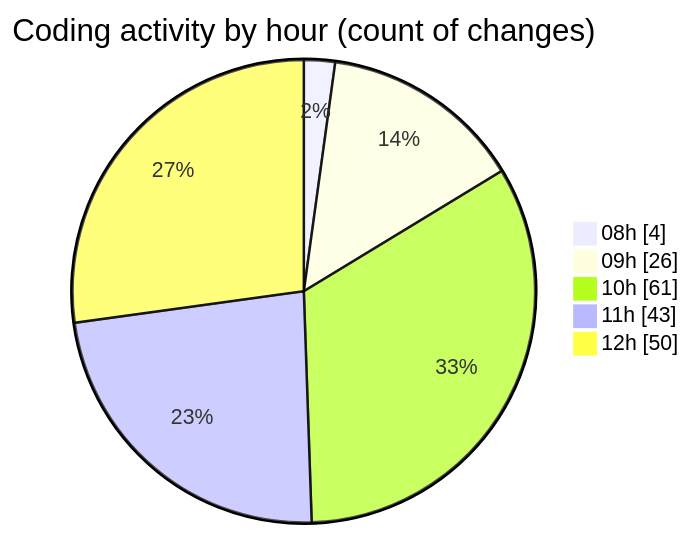
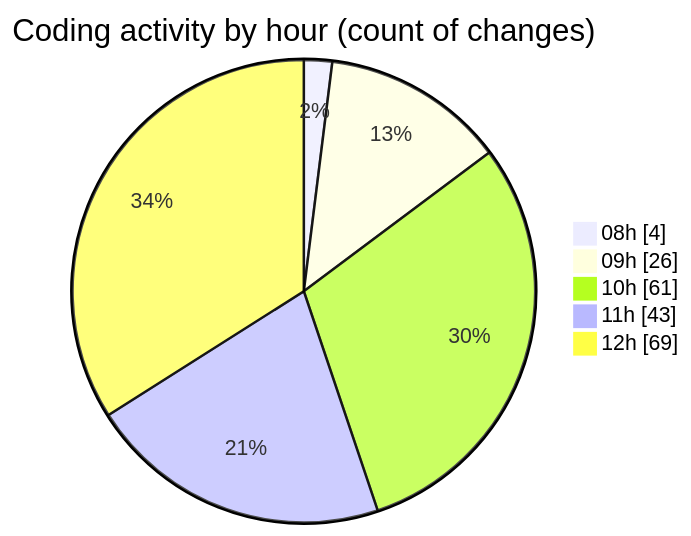
One commit to becaeroporto-bot/code-tracking changed the second of 2 diagrams in 2026-02-19/bot_v1_2/README.md. Above: the diagram before and after it, drawn with Mermaid. The commit also changed other lines of this file and 1 other file, not shown here.

````diff
--- a/2026-02-19/bot_v1_2/README.md
+++ b/2026-02-19/bot_v1_2/README.md
@@ -37,9 +37,9 @@
 ```mermaid
 pie showData
 title Coding activity by hour (count of changes)
 "08h" : 4
 "09h" : 26
 "10h" : 61
 "11h" : 43
-"12h" : 50
+"12h" : 69
 ```
````
